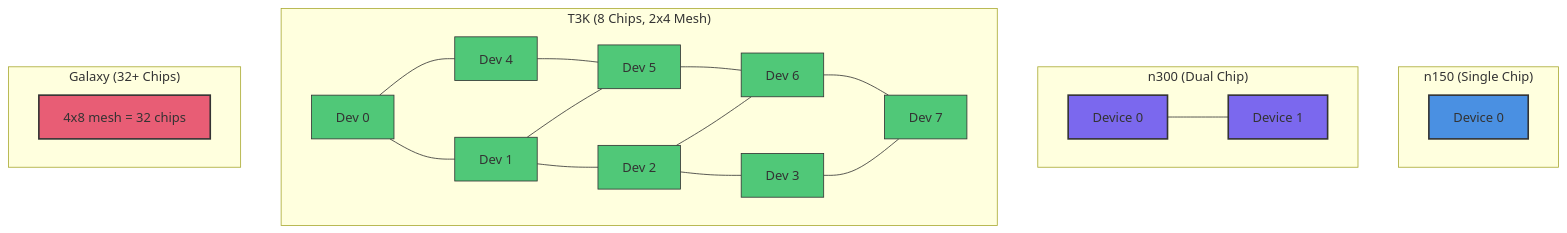
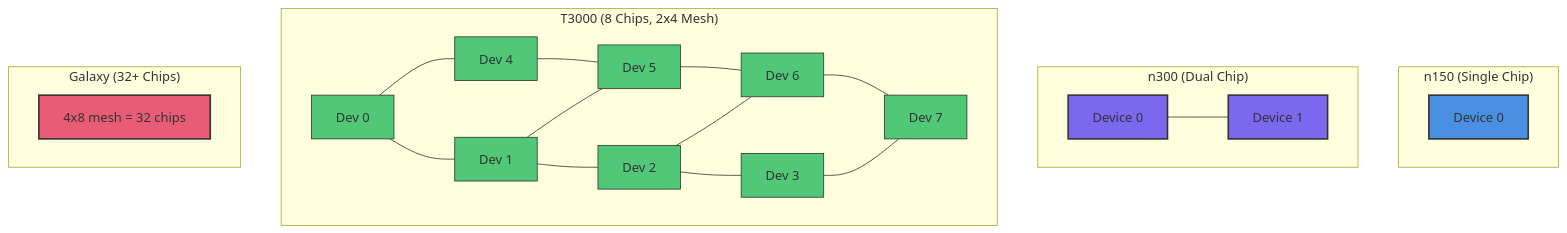
One commit to tenstorrent/tt-vscode-toolkit changed the second of 2 diagrams in content/lessons/ct5-multi-device-training.md. Above: the diagram before and after it, drawn with Mermaid. The commit also changed other lines of this file and 54 other files, not shown here.

````diff
--- a/content/lessons/ct5-multi-device-training.md
+++ b/content/lessons/ct5-multi-device-training.md
@@ -273,36 +273,36 @@
 ```mermaid
 graph TD
     subgraph n150["n150 (Single Chip)"]
         A1[Device 0]
     end
 
     subgraph n300["n300 (Dual Chip)"]
         B1[Device 0] --- B2[Device 1]
     end
 
-    subgraph T3K["T3K (8 Chips, 2x4 Mesh)"]
+    subgraph T3000["T3000 (8 Chips, 2x4 Mesh)"]
         C1[Dev 0] --- C2[Dev 1] --- C3[Dev 2] --- C4[Dev 3]
         C5[Dev 4] --- C6[Dev 5] --- C7[Dev 6] --- C8[Dev 7]
         C1 --- C5
         C2 --- C6
         C3 --- C7
         C4 --- C8
     end
 
     subgraph Galaxy["Galaxy (32+ Chips)"]
         D1[4x8 mesh = 32 chips]
     end
 
     style A1 fill:#4A90E2,stroke:#333,stroke-width:2px
     style B1 fill:#7B68EE,stroke:#333,stroke-width:2px
     style B2 fill:#7B68EE,stroke:#333,stroke-width:2px
     style C1 fill:#50C878,stroke:#333,stroke-width:1px
     style C2 fill:#50C878,stroke:#333,stroke-width:1px
     style C3 fill:#50C878,stroke:#333,stroke-width:1px
     style C4 fill:#50C878,stroke:#333,stroke-width:1px
     style C5 fill:#50C878,stroke:#333,stroke-width:1px
     style C6 fill:#50C878,stroke:#333,stroke-width:1px
     style C7 fill:#50C878,stroke:#333,stroke-width:1px
     style C8 fill:#50C878,stroke:#333,stroke-width:1px
     style D1 fill:#E85D75,stroke:#333,stroke-width:2px
 ```
````
